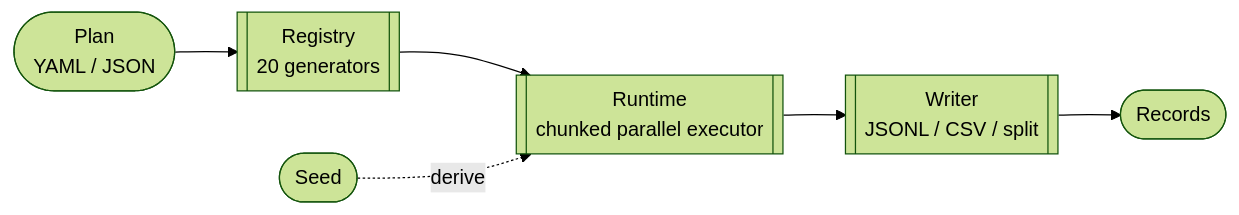
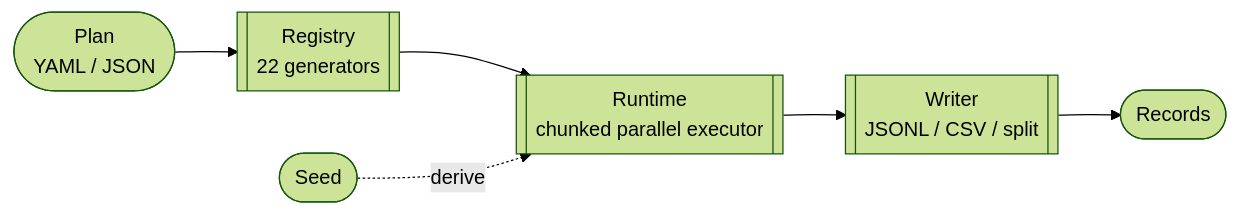
One commit to compuficial/apery changed the diagram in README.md. Above: the diagram before and after it, drawn with Mermaid (forest theme). The commit also changed other lines of this file and 21 other files, not shown here.

````diff
--- a/README.md
+++ b/README.md
@@ -286,11 +293,11 @@
 ```mermaid
 flowchart LR
     Plan([Plan<br/>YAML / JSON])
-    Registry[[Registry<br/>20 generators]]
+    Registry[[Registry<br/>22 generators]]
     Runtime[[Runtime<br/>chunked parallel executor]]
     Writer[[Writer<br/>JSONL / CSV / split]]
     Out([Records])
 
     Plan --> Registry --> Runtime --> Writer --> Out
     Seed([Seed]) -. derive .-> Runtime
 ```
````
